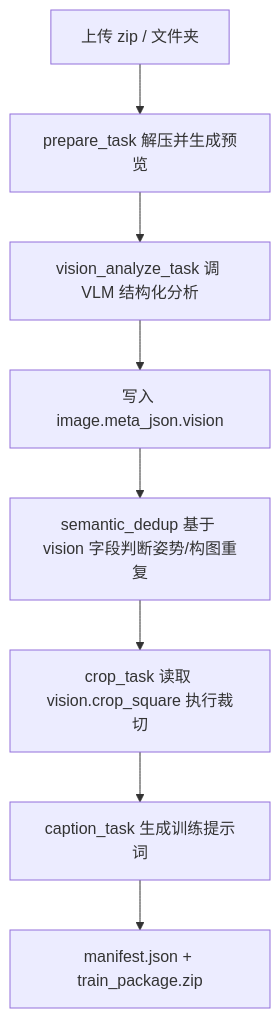
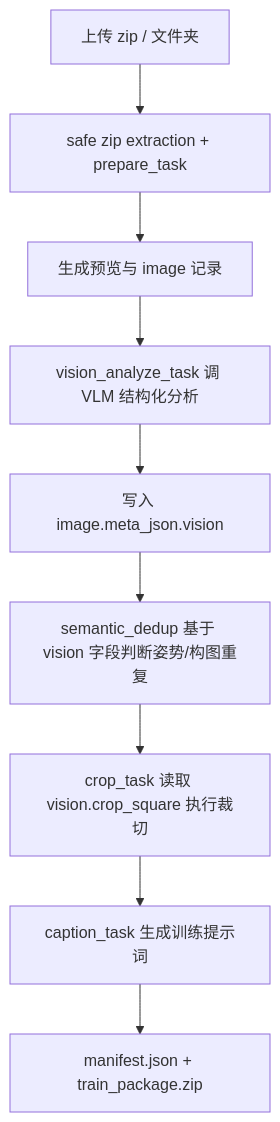
Before and after one commit to cnlove7777777-art/image-tagging-webui: the second of 4 diagrams in docs/PROJECT_STATUS_AND_AGENT_HANDOFF.md, drawn with Mermaid. The commit also changed other lines of this file, not shown here.

````diff
--- a/docs/PROJECT_STATUS_AND_AGENT_HANDOFF.md
+++ b/docs/PROJECT_STATUS_AND_AGENT_HANDOFF.md
@@ -131,10 +142,11 @@
 ```mermaid
 flowchart TD
-    A[上传 zip / 文件夹] --> B[prepare_task 解压并生成预览]
-    B --> C[vision_analyze_task 调 VLM 结构化分析]
-    C --> D[写入 image.meta_json.vision]
-    D --> E[semantic_dedup 基于 vision 字段判断姿势/构图重复]
-    E --> F[crop_task 读取 vision.crop_square 执行裁切]
-    F --> G[caption_task 生成训练提示词]
-    G --> H[manifest.json + train_package.zip]
+    A[上传 zip / 文件夹] --> B[safe zip extraction + prepare_task]
+    B --> C[生成预览与 image 记录]
+    C --> D[vision_analyze_task 调 VLM 结构化分析]
+    D --> E[写入 image.meta_json.vision]
+    E --> F[semantic_dedup 基于 vision 字段判断姿势/构图重复]
+    F --> G[crop_task 读取 vision.crop_square 执行裁切]
+    G --> H[caption_task 生成训练提示词]
+    H --> I[manifest.json + train_package.zip]
 ```
````
